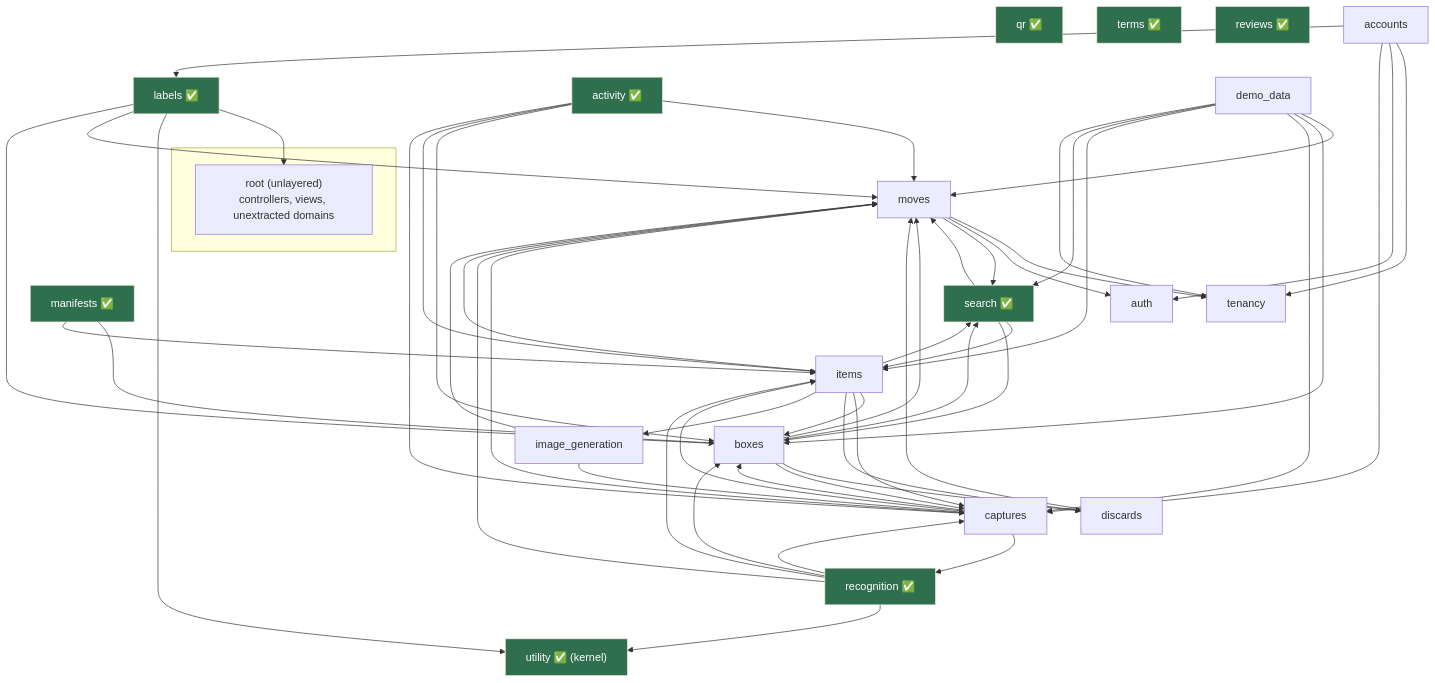
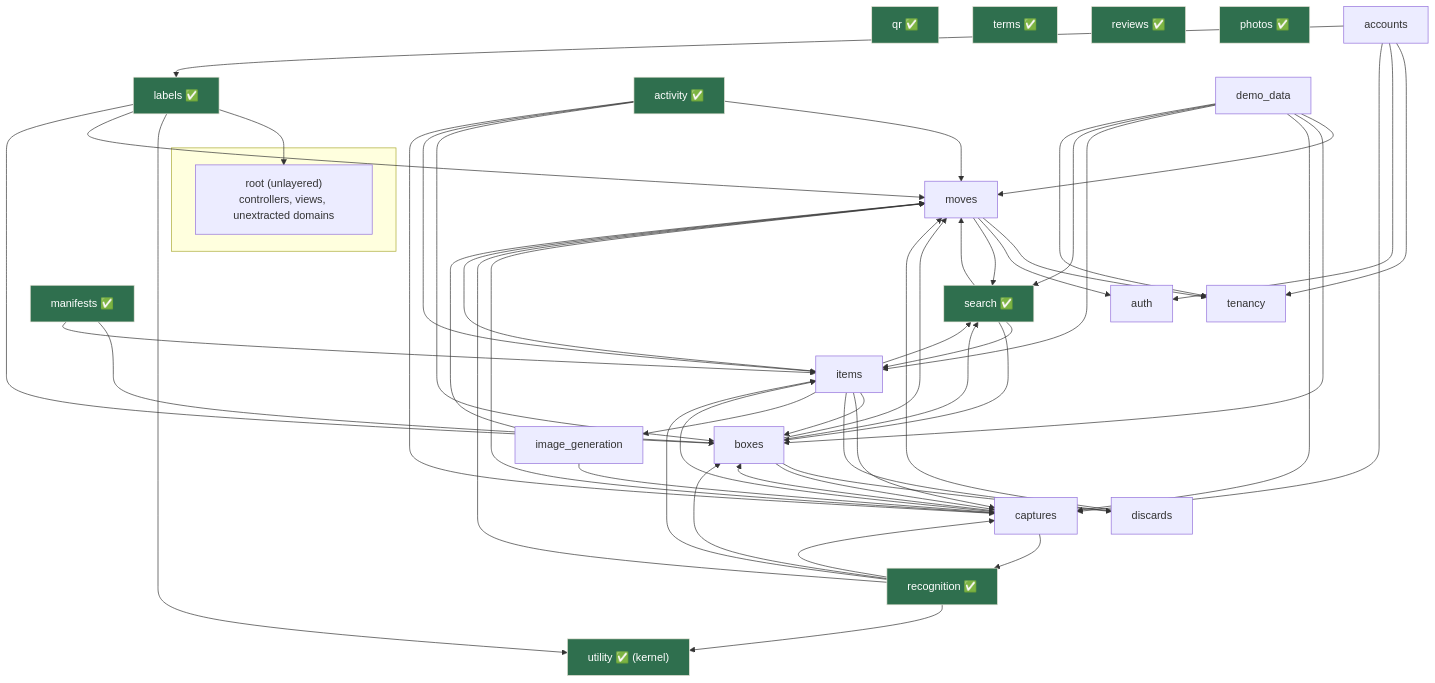
One commit to joel/move changed the diagram in doc/project/packwerk-boundaries.md. Above: the diagram before and after it, drawn with Mermaid. The commit also changed 1 other file, not shown here.

Commit message:
docs(packwerk): mark photos as an extracted domain pack

````diff
--- a/doc/project/packwerk-boundaries.md
+++ b/doc/project/packwerk-boundaries.md
@@ -154,44 +154,45 @@
 ```mermaid
 graph TD
     subgraph application [" "]
       root["root (unlayered)<br/>controllers, views, unextracted domains"]
     end
 
     labels["labels ✅"]
     utility["utility ✅ (kernel)"]
     boxes["boxes"]
     items["items"]
     moves["moves"]
     captures["captures"]
     recognition["recognition ✅"]
     search["search ✅"]
     image_gen["image_generation"]
     activity["activity ✅"]
     qr["qr ✅"]
     terms["terms ✅"]
     reviews["reviews ✅"]
+    photos["photos ✅"]
     manifests["manifests ✅"]
     discards["discards"]
     accounts["accounts"]
     demo["demo_data"]
     tenancy["tenancy"]
     auth["auth"]
 
     labels --> root & utility
     boxes --> moves & discards & search & captures
     items --> boxes & moves & captures & discards & image_gen & search
     captures --> moves & boxes & items & recognition
     recognition --> moves & boxes & items & captures & utility
     search --> moves & items & boxes
     moves --> tenancy & auth & search
     image_gen --> moves & captures
     activity --> moves & boxes & items & captures
     manifests --> boxes & items
     labels --> moves & boxes
     accounts --> tenancy & auth & captures & labels
     demo --> moves & boxes & captures & items & search & tenancy
     discards --> moves
 
     classDef done fill:#2f6f4e,stroke:#ECE7DC,color:#fff;
-    class labels,utility,manifests,search,recognition,activity,qr,terms,reviews done;
+    class labels,utility,manifests,search,recognition,activity,qr,terms,reviews,photos done;
 ```
````
